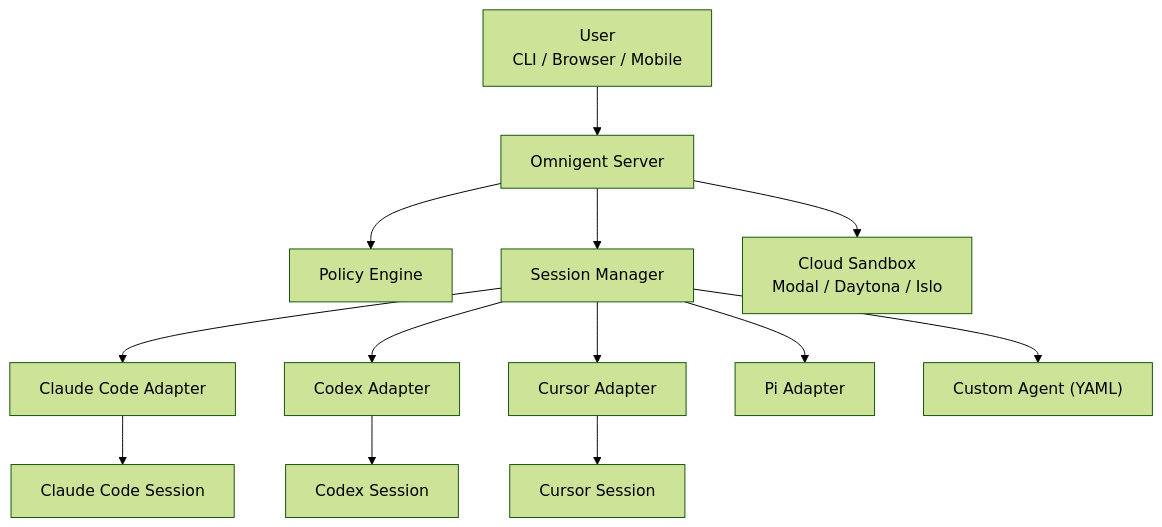
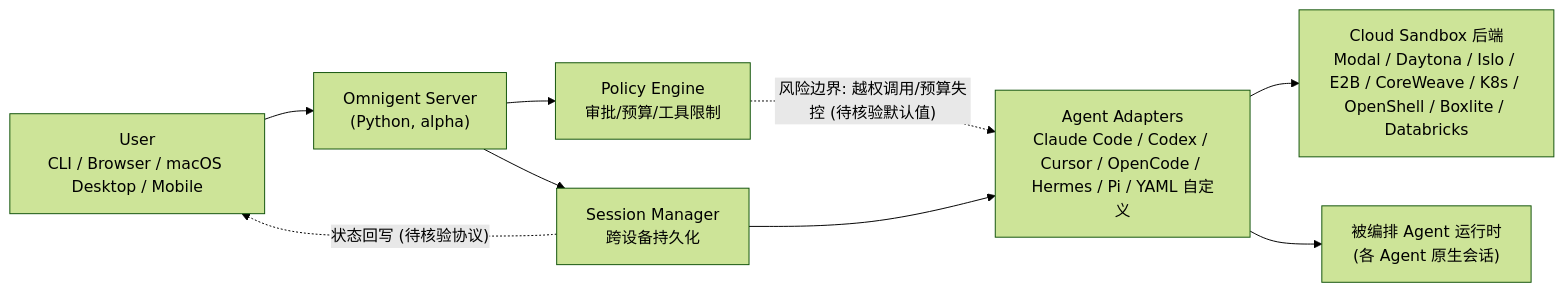
One commit to aiutil/github-researcher changed the diagram in projects/omnigent.md. Above: the diagram before and after it, drawn with Mermaid (forest theme). The commit also changed other lines of this file and 939 other files, not shown here.

Commit message:
feat: add architect briefs and Mermaid project maps

````diff
--- a/projects/omnigent.md
+++ b/projects/omnigent.md
@@ -52,17 +65,20 @@
 ```mermaid
-graph TD
-    U["User<br/>CLI / Browser / Mobile"] --> O["Omnigent Server"]
-    O --> P["Policy Engine"]
-    O --> S["Session Manager"]
-    O --> CS["Cloud Sandbox<br/>Modal / Daytona / Islo"]
+graph LR
+    U["User<br/>CLI / Browser / macOS Desktop / Mobile"]
+    SVR["Omnigent Server<br/>(Python, alpha)"]
+    POL["Policy Engine<br/>审批/预算/工具限制"]
+    SES["Session Manager<br/>跨设备持久化"]
+    ADP["Agent Adapters<br/>Claude Code / Codex / Cursor / OpenCode / Hermes / Pi / YAML 自定义"]
+    SBX["Cloud Sandbox 后端<br/>Modal / Daytona / Islo / E2B / CoreWeave / K8s / OpenShell / Boxlite / Databricks"]
+    EXT["被编排 Agent 运行时<br/>(各 Agent 原生会话)"]
 
-    S --> A1["Claude Code Adapter"]
-    S --> A2["Codex Adapter"]
-    S --> A3["Cursor Adapter"]
-    S --> A4["Pi Adapter"]
-    S --> A5["Custom Agent (YAML)"]
+    U --> SVR
+    SVR --> POL
+    SVR --> SES
+    SES --> ADP
+    ADP --> SBX
+    ADP --> EXT
+    SES -. "状态回写 (待核验协议)" .-> U
 
-    A1 --> R1["Claude Code Session"]
-    A2 --> R2["Codex Session"]
-    A3 --> R3["Cursor Session"]
+    POL -. "风险边界: 越权调用/预算失控 (待核验默认值)" .-> ADP
 ```
````
